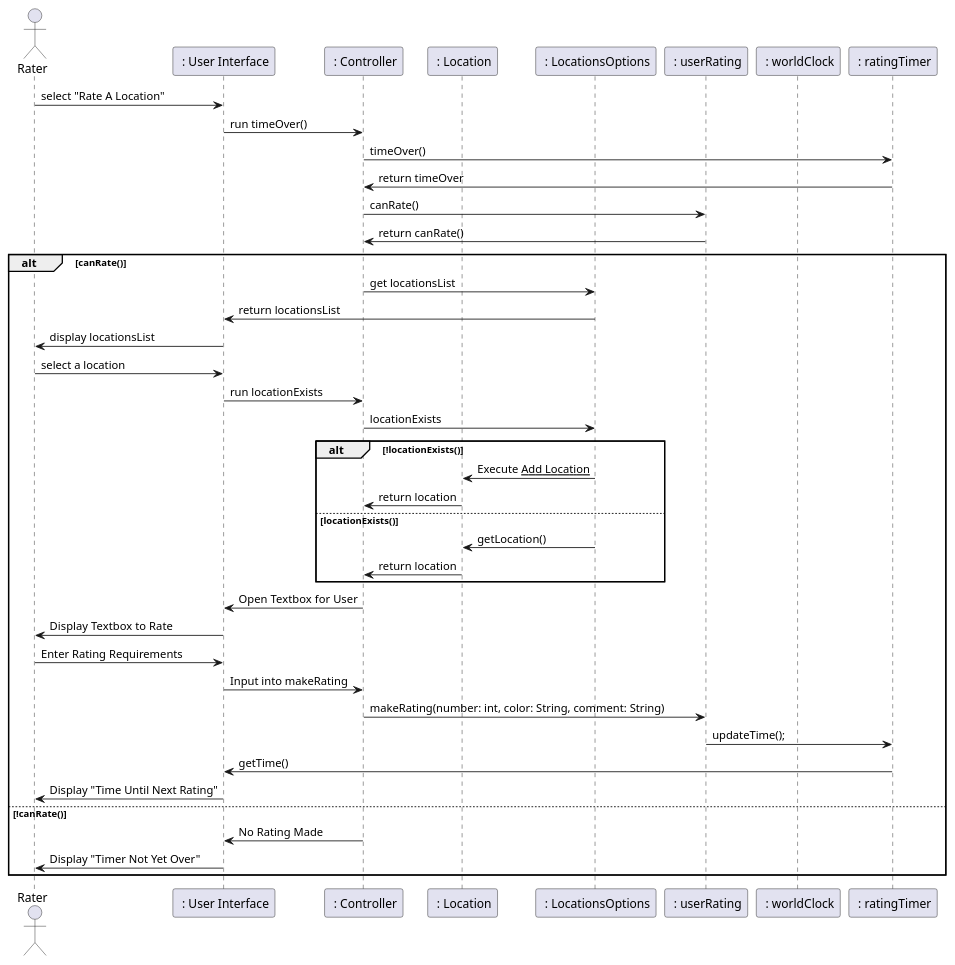
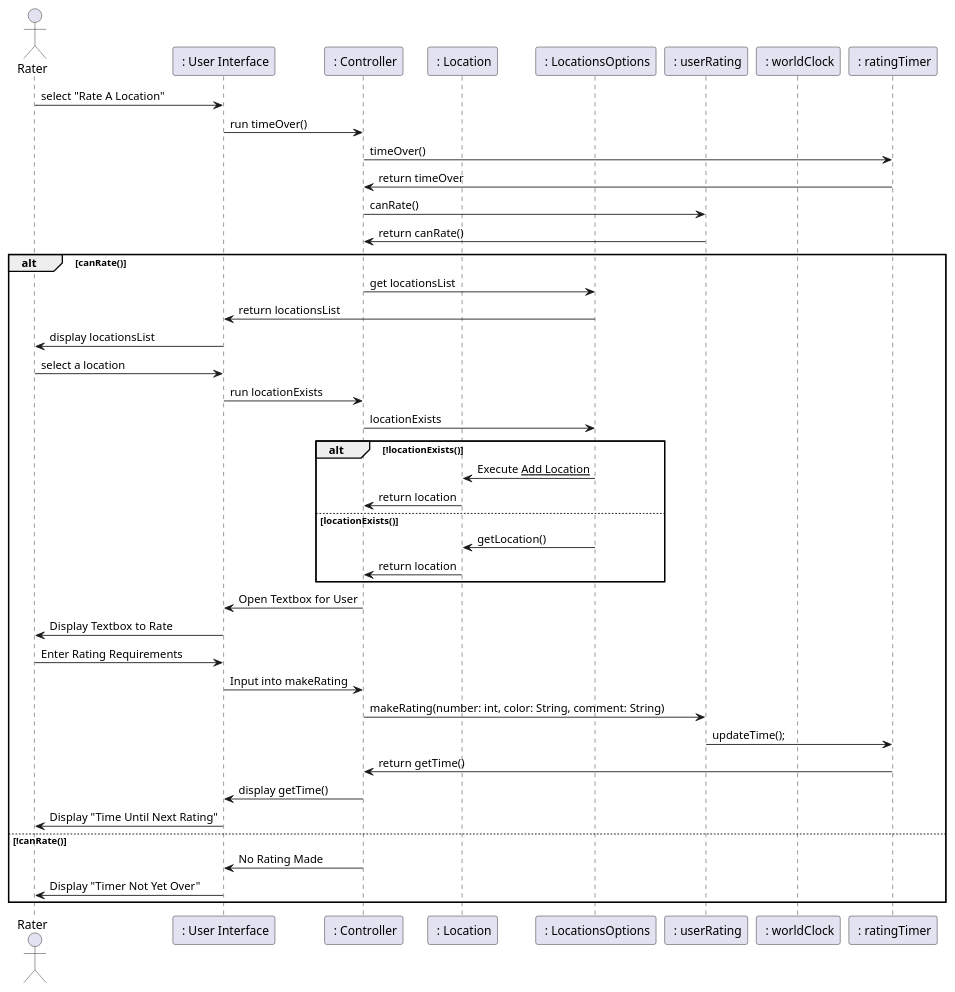
Before and after one commit to manoushpajouh/Vassar-Crowdmeter: the fourth of 4 diagrams in intellij/documentation/design.md, drawn with PlantUML. The commit also changed other lines of this file, not shown here.

Commit message:
updated sequence diagram check busyness

````diff
--- a/intellij/documentation/design.md
+++ b/intellij/documentation/design.md
@@ -140,56 +140,57 @@
 ```plantuml
 @startuml
 actor Rater as rater 
 participant " : User Interface" as ui
 participant " : Controller" as controller
 participant " : Location" as location 
 participant " : LocationsOptions" as locOps 
 participant " : userRating" as ratings 
 participant " : worldClock" as clock 
 participant " : ratingTimer" as timer 
 
 
 
 rater -> ui  : select "Rate A Location"
 ui -> controller : run timeOver()
 controller -> timer : timeOver()
 timer -> controller : return timeOver
 controller -> ratings  : canRate()
 ratings -> controller : return canRate()
 alt canRate()
 
 controller -> locOps :  get locationsList
 locOps -> ui : return locationsList
 ui ->  rater : display locationsList
 rater -> ui : select a location
 ui -> controller : run locationExists
 controller -> locOps: locationExists
 
 alt !locationExists()
 locOps -> location : Execute __Add Location__ 
 location -> controller : return location 
 else locationExists()
 locOps  -> location : getLocation()
 location -> controller : return location 
 end
 
 controller -> ui : Open Textbox for User 
 ui -> rater : Display Textbox to Rate
 rater -> ui : Enter Rating Requirements
 ui -> controller : Input into makeRating
 controller -> ratings : makeRating(number: int, color: String, comment: String)
 
 
 ratings -> timer : updateTime();
-timer -> ui : getTime()
+timer -> controller : return getTime()
+controller -> ui : display getTime()
 ui -> rater : Display "Time Until Next Rating"
 
 
 else !canRate()
 controller -> ui : No Rating Made 
 ui -> rater : Display "Timer Not Yet Over"
 end
 
 
 @enduml
 ```
````
